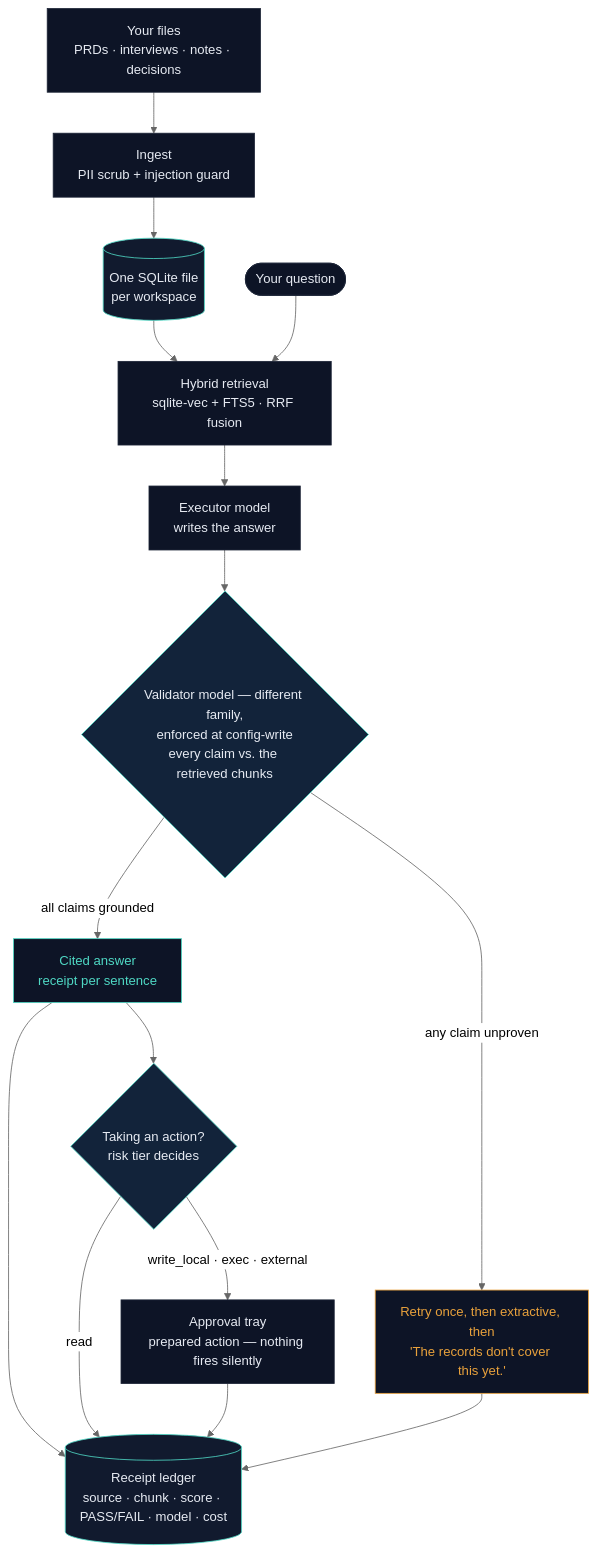
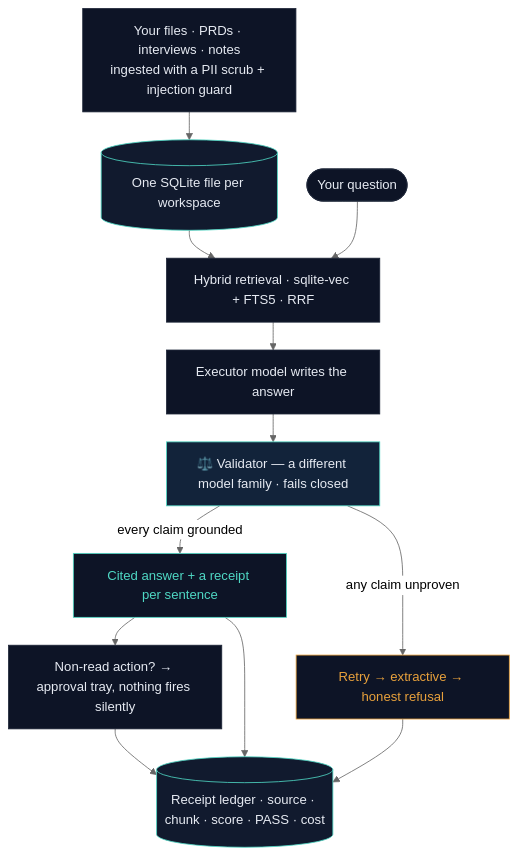
The diagram in README.md (apoorv427/heydey), drawn with Mermaid (neutral theme) before and after one commit.

Commit message:
docs: tighten the pipeline diagram (1570px -> 1023px, verified against a real mermaid parser)
🤖 Generated with [Claude Code](https://claude.com/claude-code)

````diff
--- a/README.md
+++ b/README.md
@@ -69,28 +69,31 @@
 ```mermaid
+---
+config:
+  flowchart:
+    rankSpacing: 34
+    nodeSpacing: 36
+---
 flowchart TD
-    A["Your files<br/>PRDs · interviews · notes · decisions"] --> B["Ingest<br/>PII scrub + injection guard"]
-    B --> C[("One SQLite file<br/>per workspace")]
-    Q(["Your question"]) --> R["Hybrid retrieval<br/>sqlite-vec + FTS5 · RRF fusion"]
+    A["Your files · PRDs · interviews · notes<br/>ingested with a PII scrub + injection guard"] --> C[("One SQLite file per workspace")]
+    Q(["Your question"]) --> R["Hybrid retrieval · sqlite-vec + FTS5 · RRF"]
     C --> R
-    R --> X["Executor model<br/>writes the answer"]
-    X --> V{"Validator model — different family,<br/>enforced at config-write<br/>every claim vs. the retrieved chunks"}
-    V -->|all claims grounded| P["Cited answer<br/>receipt per sentence"]
-    V -->|any claim unproven| F["Retry once, then extractive, then<br/>'The records don't cover this yet.'"]
-    P --> L[("Receipt ledger<br/>source · chunk · score · PASS/FAIL · model · cost")]
+    R --> X["Executor model writes the answer"]
+    X --> V["⚖️ Validator — a different model family · fails closed"]
+    V -->|every claim grounded| P["Cited answer + a receipt per sentence"]
+    V -->|any claim unproven| F["Retry → extractive → honest refusal"]
+    P --> AP["Non-read action? → approval tray, nothing fires silently"]
+    P --> L[("Receipt ledger · source · chunk · score · PASS · cost")]
     F --> L
-    P --> T{"Taking an action?<br/>risk tier decides"}
-    T -->|read| L
-    T -->|write_local · exec · external| AP["Approval tray<br/>prepared action — nothing fires silently"]
     AP --> L
 
     classDef store fill:#111a2e,stroke:#4FD8C4,color:#E6EAF2
     classDef node fill:#0D1426,stroke:#1C2436,color:#E6EAF2
     classDef gate fill:#12233a,stroke:#4FD8C4,color:#E6EAF2
     classDef pass fill:#0D1426,stroke:#4FD8C4,color:#4FD8C4
     classDef refuse fill:#0D1426,stroke:#E8A13C,color:#E8A13C
-    class A,B,Q,R,X,AP node
+    class A,Q,R,X,AP node
     class C,L store
-    class V,T gate
+    class V gate
     class P pass
     class F refuse
 ```
````
